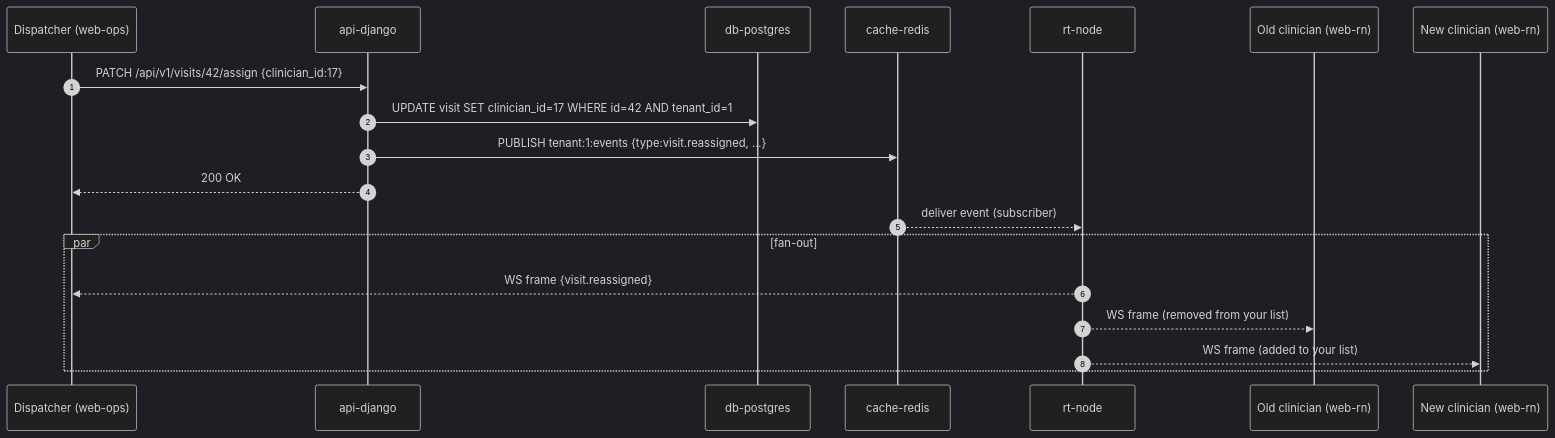
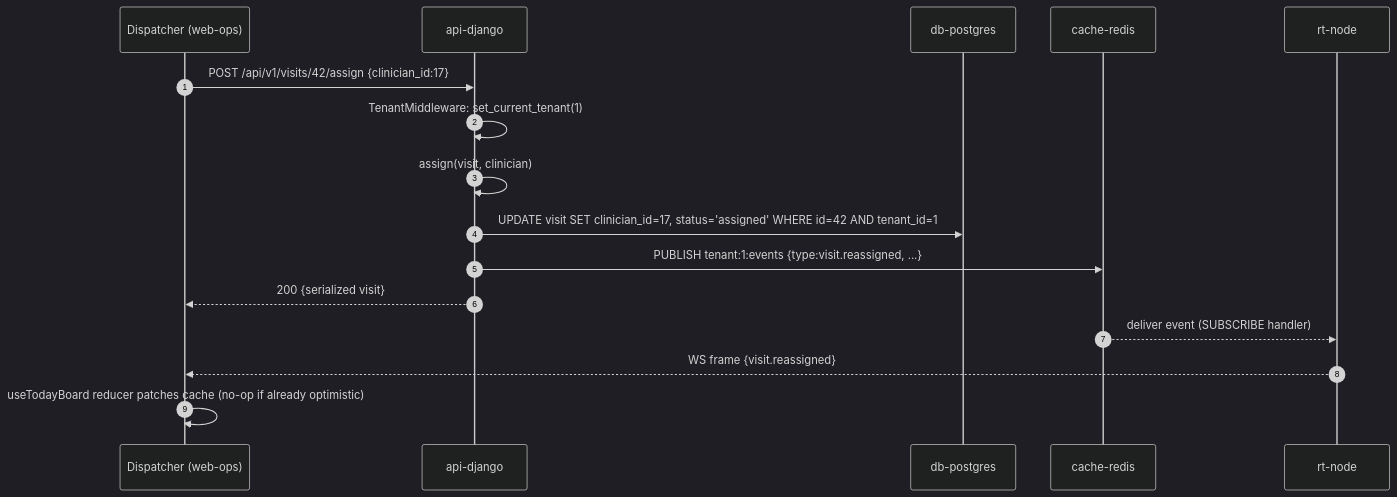
One commit to waggertron/home-health-provider-skeleton changed the sixth of 10 diagrams in docs/architecture.md. Above: the diagram before and after it, drawn with Mermaid (dark theme). The commit also changed other lines of this file, not shown here.

First line of the commit message:
docs(architecture): expand to extensive v1 reference

````diff
--- a/docs/architecture.md
+++ b/docs/architecture.md
@@ -404,22 +857,19 @@
 ```mermaid
 sequenceDiagram
     autonumber
     participant D as Dispatcher (web-ops)
     participant API as api-django
     participant PG as db-postgres
     participant R as cache-redis
     participant RT as rt-node
-    participant C1 as Old clinician (web-rn)
-    participant C2 as New clinician (web-rn)
 
-    D->>API: PATCH /api/v1/visits/42/assign {clinician_id:17}
-    API->>PG: UPDATE visit SET clinician_id=17 WHERE id=42 AND tenant_id=1
+    D->>API: POST /api/v1/visits/42/assign {clinician_id:17}
+    API->>API: TenantMiddleware: set_current_tenant(1)
+    API->>API: assign(visit, clinician)
+    API->>PG: UPDATE visit SET clinician_id=17, status='assigned' WHERE id=42 AND tenant_id=1
     API->>R: PUBLISH tenant:1:events {type:visit.reassigned, ...}
-    API-->>D: 200 OK
-    R-->>RT: deliver event (subscriber)
-    par fan-out
-        RT-->>D: WS frame {visit.reassigned}
-        RT-->>C1: WS frame (removed from your list)
-        RT-->>C2: WS frame (added to your list)
-    end
+    API-->>D: 200 {serialized visit}
+    R-->>RT: deliver event (SUBSCRIBE handler)
+    RT-->>D: WS frame {visit.reassigned}
+    D->>D: useTodayBoard reducer patches cache (no-op if already optimistic)
 ```
````
